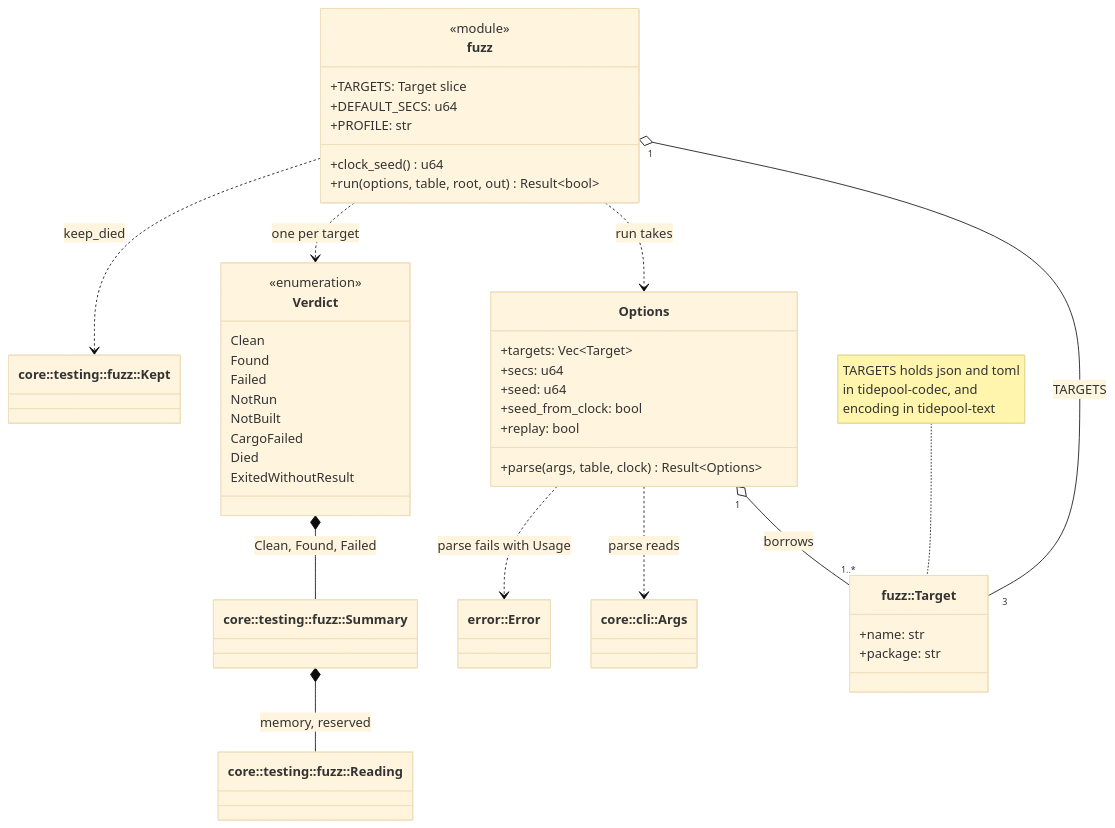
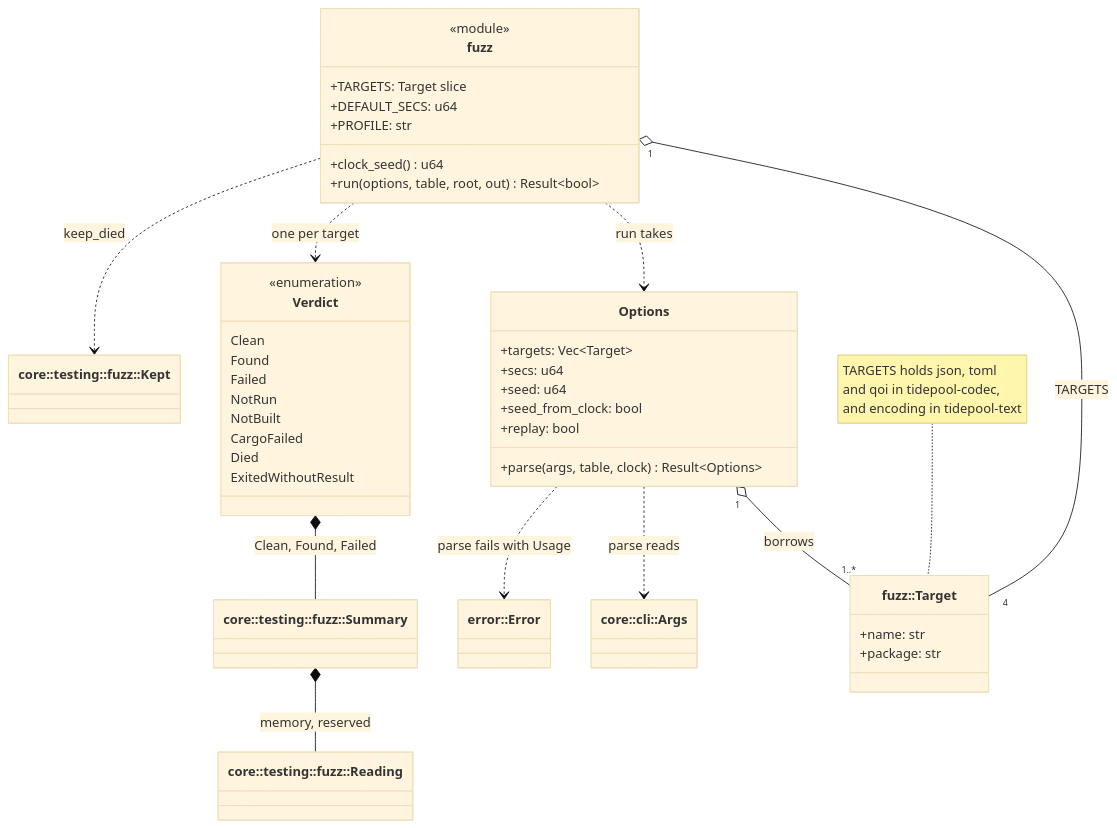
One commit to jabbott-iii/Tidepool changed diagram 28 of 38 in diagrams/class-diagrams.md. Above: the diagram before and after it, drawn with Mermaid (base theme). The commit also changed other lines of this file and 67 other files, not shown here.

First line of the commit message:
codec, gfx, xtask: QOI, the golden harness and gfx goldens (M2.4)

````diff
--- a/diagrams/class-diagrams.md
+++ b/diagrams/class-diagrams.md
@@ -2049,50 +2138,50 @@
 ```mermaid
 classDiagram
     direction TB
     class SmokeFns["fuzz"] {
         <<module>>
         +TARGETS: Target slice
         +DEFAULT_SECS: u64
         +PROFILE: str
         +clock_seed() u64
         +run(options, table, root, out) Result~bool~
     }
     class SmokeTarget["fuzz::Target"] {
         +name: str
         +package: str
     }
     class Options {
         +targets: Vec~Target~
         +secs: u64
         +seed: u64
         +seed_from_clock: bool
         +replay: bool
         +parse(args, table, clock) Result~Options~
     }
     class Verdict {
         <<enumeration>>
         Clean
         Found
         Failed
         NotRun
         NotBuilt
         CargoFailed
         Died
         ExitedWithoutResult
     }
     class Args["core::cli::Args"]
     class Summary["core::testing::fuzz::Summary"]
     class Reading["core::testing::fuzz::Reading"]
     class Kept["core::testing::fuzz::Kept"]
     class XtaskError["error::Error"]
-    SmokeFns "1" o-- "3" SmokeTarget : TARGETS
+    SmokeFns "1" o-- "4" SmokeTarget : TARGETS
     Options "1" o-- "1..*" SmokeTarget : borrows
     Options ..> Args : parse reads
     Options ..> XtaskError : parse fails with Usage
     SmokeFns ..> Options : run takes
     SmokeFns ..> Verdict : one per target
     Verdict *-- Summary : Clean, Found, Failed
     Summary *-- Reading : memory, reserved
     SmokeFns ..> Kept : keep_died
-    note for SmokeTarget "TARGETS holds json and toml<br/>in tidepool-codec, and<br/>encoding in tidepool-text"
+    note for SmokeTarget "TARGETS holds json, toml<br/>and qoi in tidepool-codec,<br/>and encoding in tidepool-text"
 ```
````
